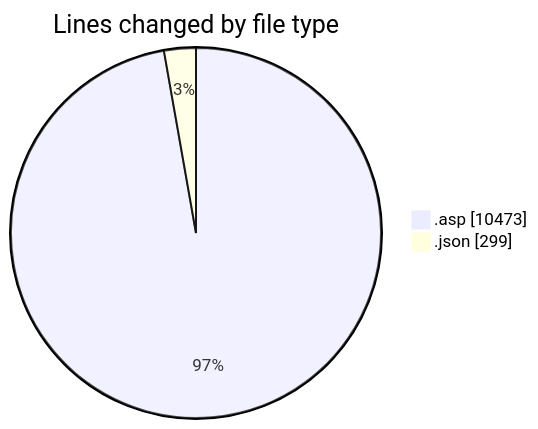
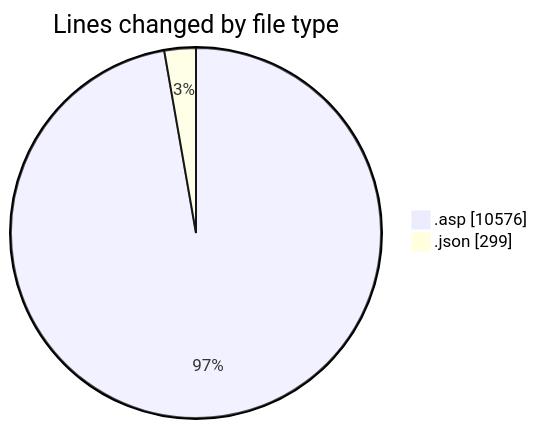
Before and after one commit to julien-gomy/code-tracking: the first of 2 diagrams in 2025-11-15/usr_aleoudev_fr__workspace_/README.md, drawn with Mermaid. The commit also changed other lines of this file and 1 other file, not shown here.

````diff
--- a/2025-11-15/usr_aleoudev_fr__workspace_/README.md
+++ b/2025-11-15/usr_aleoudev_fr__workspace_/README.md
@@ -28,6 +28,6 @@
 ```mermaid
 pie showData
 title Lines changed by file type
-".asp" : 10473
+".asp" : 10576
 ".json" : 299
 ```
````
